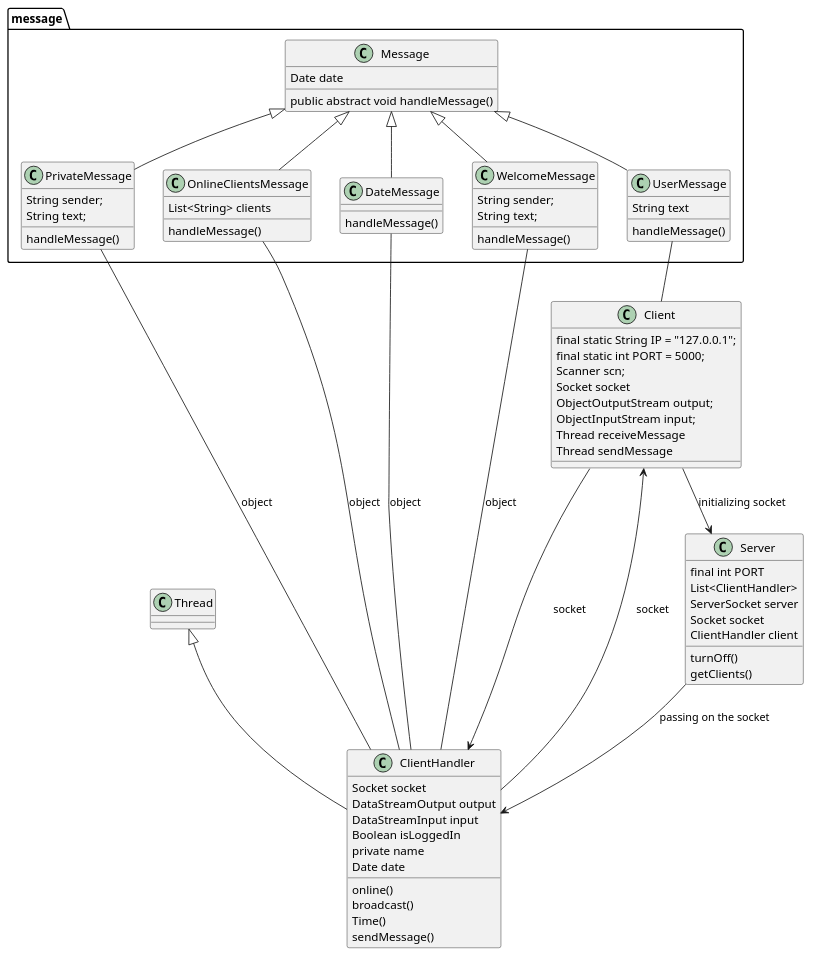
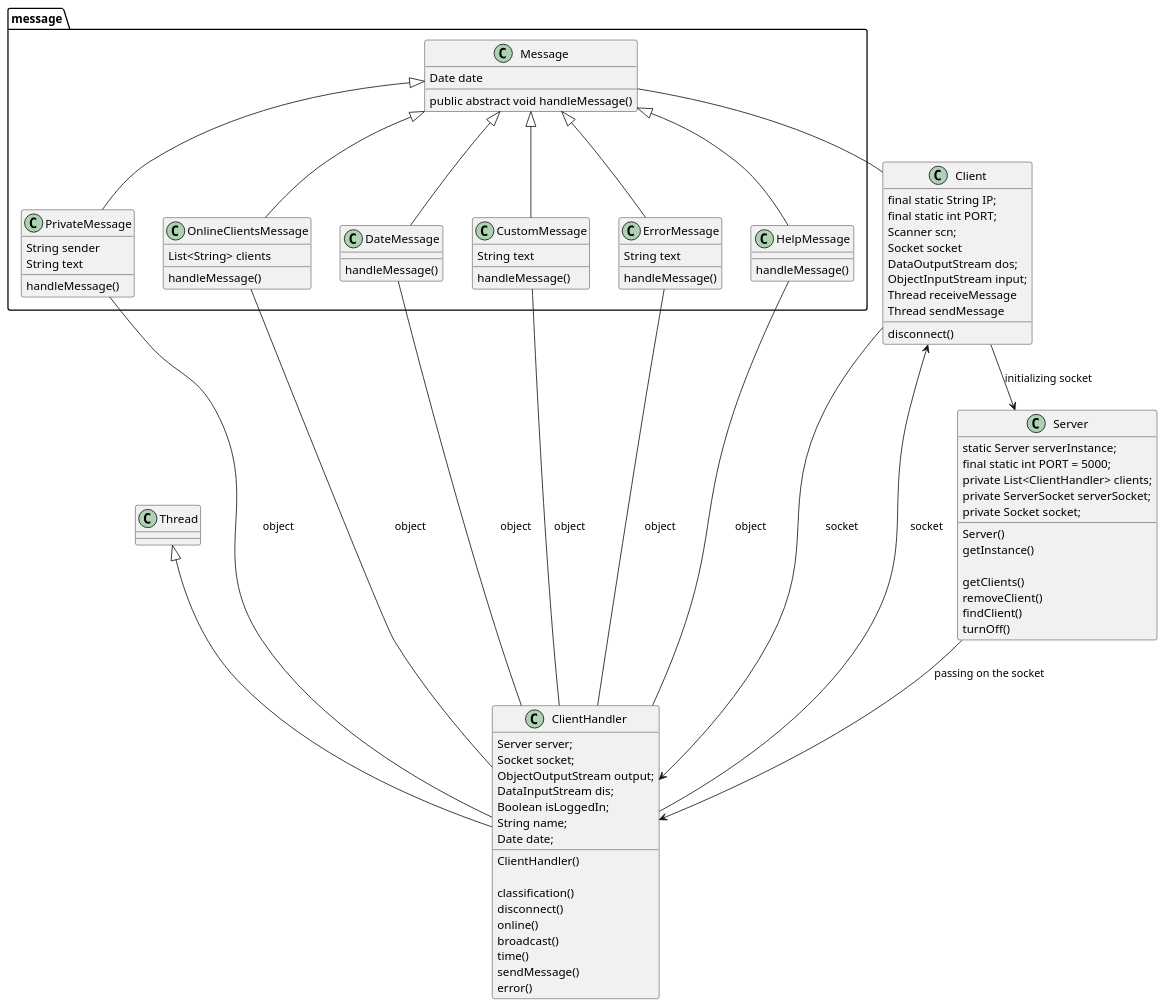
Before and after one commit to idolevitt/chat: the diagram in chart.puml, drawn with PlantUML. The commit also changed 10 other files, not shown here.

```diff
--- a/chart.puml
+++ b/chart.puml
@@ -1,91 +1,112 @@
 @startuml
 class Server{
-    final int PORT
-    List<ClientHandler>
-    ServerSocket server
-    Socket socket
-    ClientHandler client
+     static Server serverInstance;
+     final static int PORT = 5000;
+     private List<ClientHandler> clients;
+     private ServerSocket serverSocket;
+     private Socket socket;
 
+    Server()
+    getInstance()
+
+    getClients()
+    removeClient()
+    findClient()
     turnOff()
-    getClients()
 
 }
 class ClientHandler extends Thread{
-    Socket socket
-    DataStreamOutput output
-    DataStreamInput input
-    Boolean isLoggedIn
-    private name
-    Date date
+    Server server;
+    Socket socket;
+    ObjectOutputStream output;
+    DataInputStream dis;
+    Boolean isLoggedIn;
+    String name;
+    Date date;
 
+    ClientHandler()
+
+    classification()
+    disconnect()
     online()
     broadcast()
-    Time()
+    time()
     sendMessage()
+    error()
 
 }
+
+class Client{
+
+    final static String IP;
+    final static int PORT;
+    Scanner scn;
+    Socket socket
+    DataOutputStream dos;
+    ObjectInputStream input;
+    Thread receiveMessage
+    Thread sendMessage
+
+    disconnect()
+
+}
+
+
 message.PrivateMessage -- ClientHandler:object
 message.OnlineClientsMessage -- ClientHandler:object
 message.DateMessage -- ClientHandler:object
-message.WelcomeMessage -- ClientHandler:object
-
-message.UserMessage -- Client
+message.CustomMessage -- ClientHandler:object
+message.ErrorMessage -- ClientHandler:object
+message.HelpMessage -- ClientHandler:object
 
 Client --> Server:initializing socket
 Server --> ClientHandler:passing on the socket
 Client -> ClientHandler:socket
 Client <- ClientHandler:socket
 
+message.Message -- Client
 
-class Client{
-
-    final static String IP = "127.0.0.1";
-    final static int PORT = 5000;
-    Scanner scn;
-    Socket socket
-    ObjectOutputStream output;
-    ObjectInputStream input;
-    Thread receiveMessage
-    Thread sendMessage
-
-}
 class message.Message{
     Date date
 
     public abstract void handleMessage()
 }
 
 class message.DateMessage extends message.Message{
     handleMessage()
 }
 
 class message.OnlineClientsMessage extends message.Message{
 
     List<String> clients
 
     handleMessage()
 }
 
 class message.PrivateMessage extends message.Message{
 
-    String sender;
-    String text;
+    String sender
+    String text
 
     handleMessage()
 }
 
-class message.WelcomeMessage extends message.Message{
-
-    String sender;
-    String text;
+class message.HelpMessage extends message.Message{
 
     handleMessage()
 }
 
-class message.UserMessage extends message.Message{
+class message.CustomMessage extends message.Message{
+
+    String text
+
+    handleMessage()
+}
+
+class message.ErrorMessage extends message.Message{
 
     String text
 
     handleMessage()
 }
 @enduml
```
